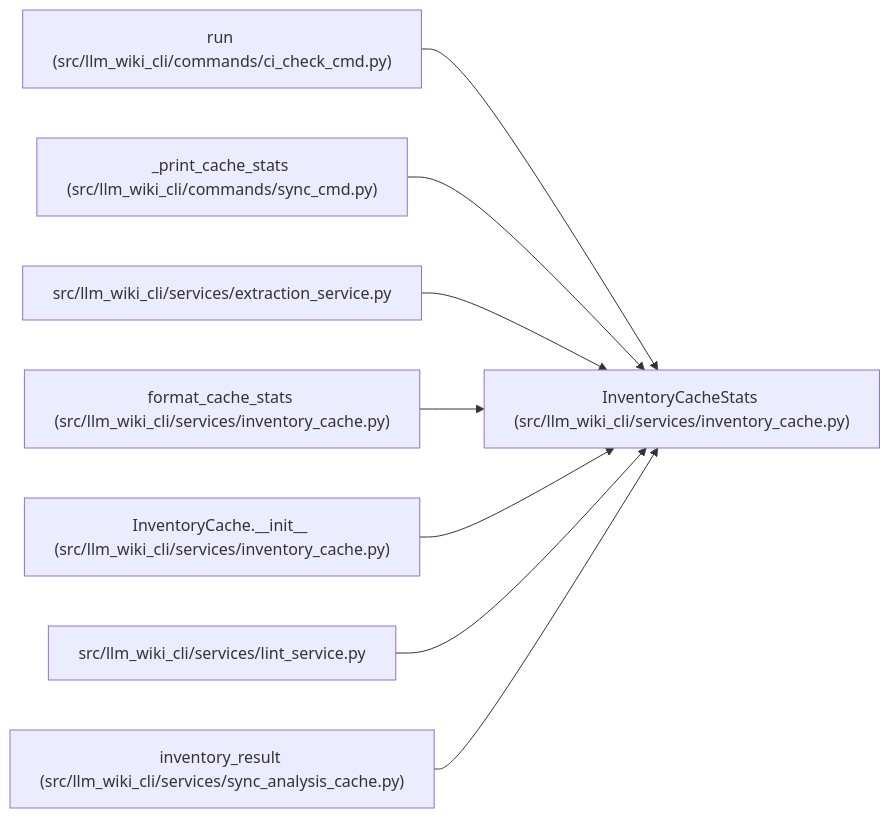
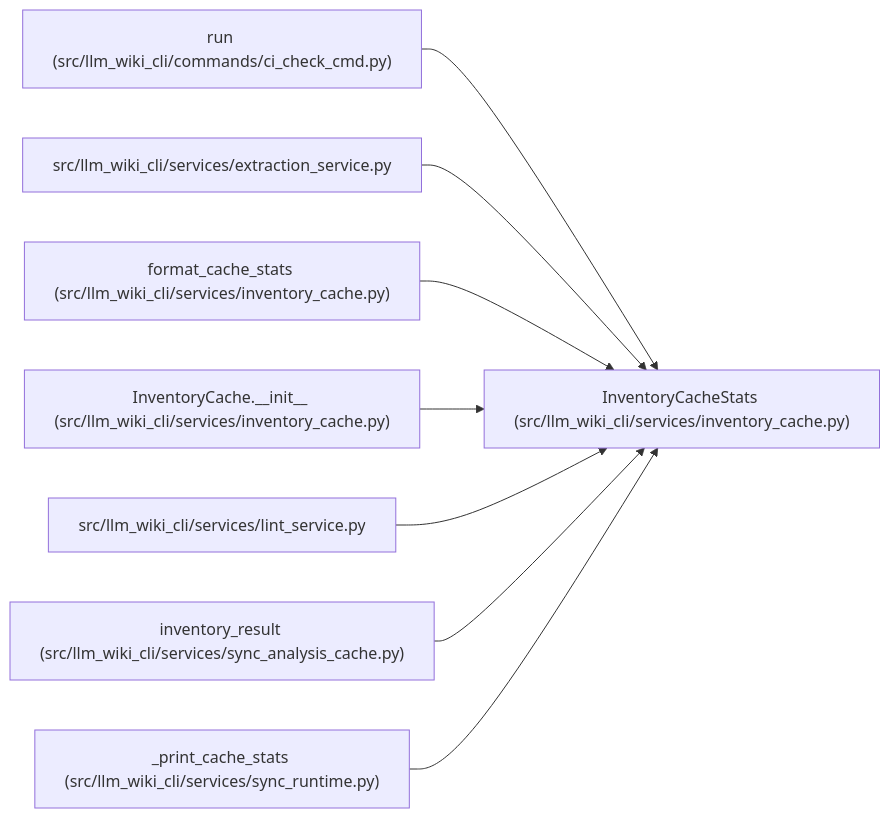
Before and after one commit to Denissvgn/python-wiki-llm: the diagram in docs/llm_wiki/entities/InventoryCacheStats.md, drawn with Mermaid. The commit also changed other lines of this file and 1555 other files, not shown here.

````diff
--- a/docs/llm_wiki/entities/InventoryCacheStats.md
+++ b/docs/llm_wiki/entities/InventoryCacheStats.md
@@ -40,26 +40,26 @@
 ```mermaid
 flowchart LR
     n0["InventoryCacheStats (src/llm_wiki_cli/services/inventory_cache.py)"]
     n1["run (src/llm_wiki_cli/commands/ci_check_cmd.py)"]
-    n2["_print_cache_stats (src/llm_wiki_cli/commands/sync_cmd.py)"]
-    n3["src/llm_wiki_cli/services/extraction_service.py"]
-    n4["format_cache_stats (src/llm_wiki_cli/services/inventory_cache.py)"]
-    n5["InventoryCache.__init__ (src/llm_wiki_cli/services/inventory_cache.py)"]
-    n6["src/llm_wiki_cli/services/lint_service.py"]
-    n7["inventory_result (src/llm_wiki_cli/services/sync_analysis_cache.py)"]
+    n2["src/llm_wiki_cli/services/extraction_service.py"]
+    n3["format_cache_stats (src/llm_wiki_cli/services/inventory_cache.py)"]
+    n4["InventoryCache.__init__ (src/llm_wiki_cli/services/inventory_cache.py)"]
+    n5["src/llm_wiki_cli/services/lint_service.py"]
+    n6["inventory_result (src/llm_wiki_cli/services/sync_analysis_cache.py)"]
+    n7["_print_cache_stats (src/llm_wiki_cli/services/sync_runtime.py)"]
     n1 --> n0
     n2 --> n0
     n3 --> n0
     n4 --> n0
     n5 --> n0
     n6 --> n0
     n7 --> n0
     click n0 "../modules/inventory_cache.md"
     click n1 "../modules/ci_check_cmd.md"
-    click n2 "../modules/sync_cmd.md"
-    click n3 "../modules/extraction_service.md"
+    click n2 "../modules/extraction_service.md"
+    click n3 "../modules/inventory_cache.md"
     click n4 "../modules/inventory_cache.md"
-    click n5 "../modules/inventory_cache.md"
-    click n6 "../modules/lint_service.md"
-    click n7 "../modules/sync_analysis_cache.md"
+    click n5 "../modules/lint_service.md"
+    click n6 "../modules/sync_analysis_cache.md"
+    click n7 "../modules/sync_runtime.md"
 ```
````
